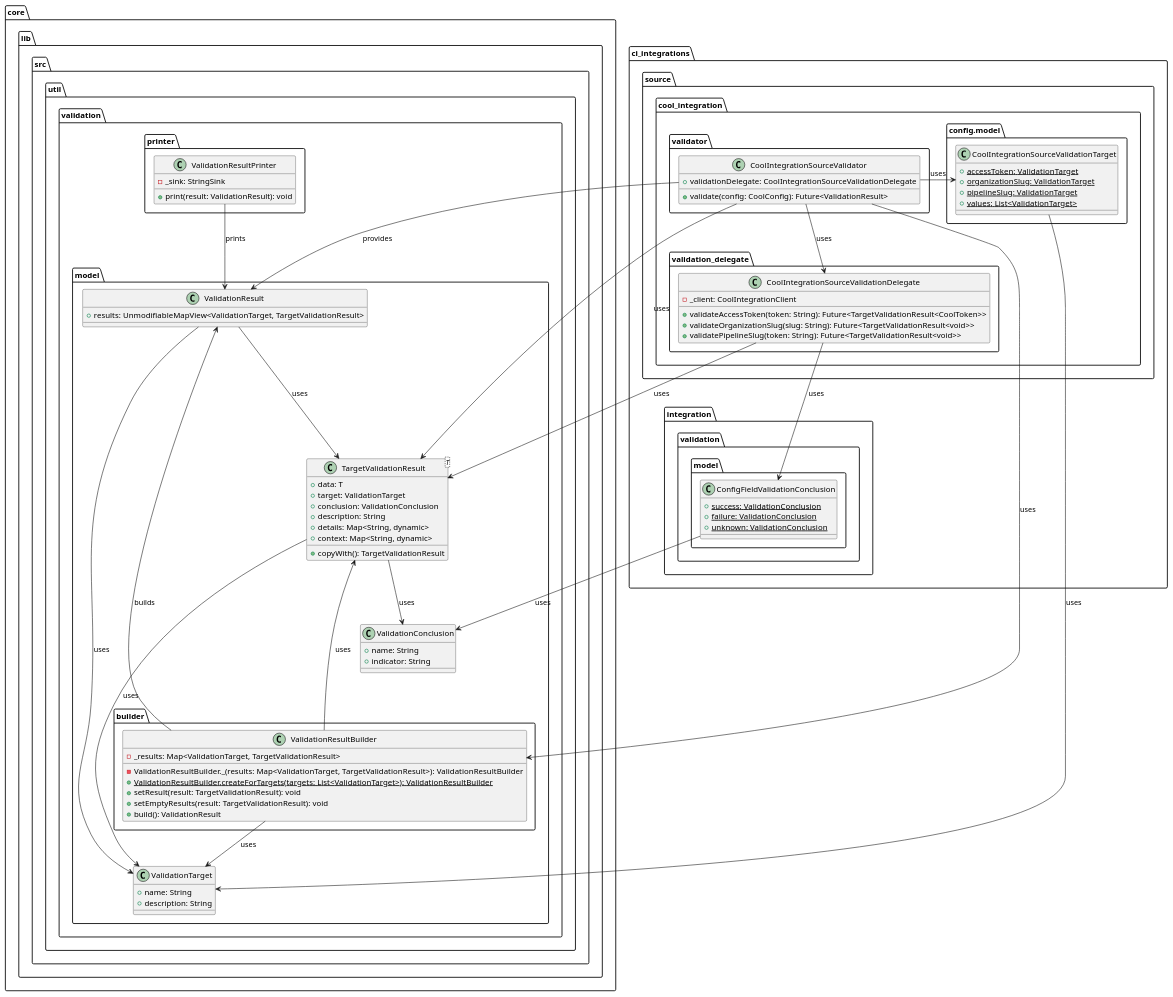
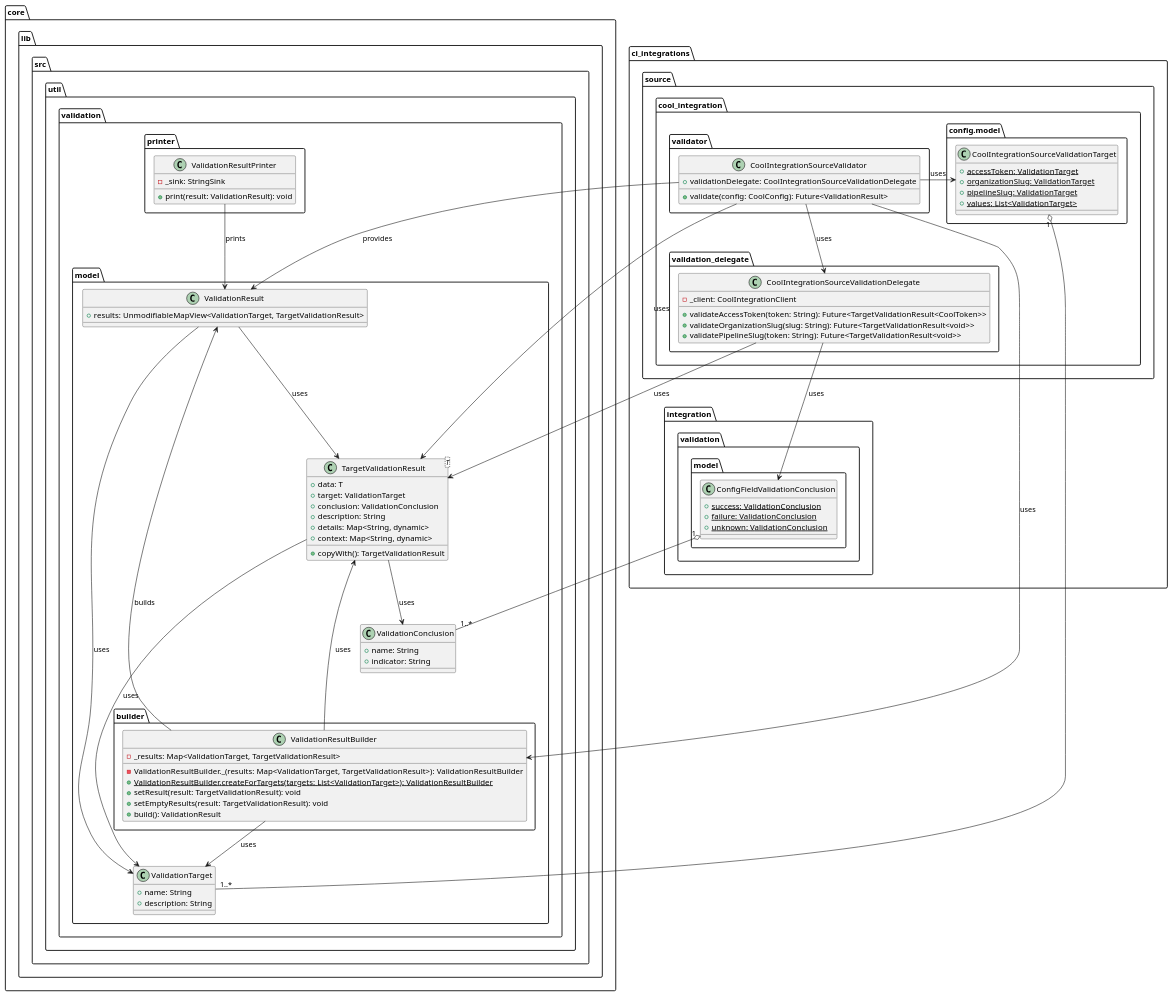
Before and after one commit to Flank/flank-dashboard: the diagram in metrics/cli/docs/features/doctor_output_improvements/diagrams/ci_integrations_validator_class_diagram.puml, drawn with PlantUML.

Commit message:
Update diagram

```diff
--- a/metrics/cli/docs/features/doctor_output_improvements/diagrams/ci_integrations_validator_class_diagram.puml
+++ b/metrics/cli/docs/features/doctor_output_improvements/diagrams/ci_integrations_validator_class_diagram.puml
@@ -1,119 +1,119 @@
 @startuml ci_integrations_validator_class_diagram
 
 package core.lib.src.util.validation {
     package model {
         package builder {
             class ValidationResultBuilder {
                 - _results: Map<ValidationTarget, TargetValidationResult>
 
                 - ValidationResultBuilder._(results: Map<ValidationTarget, TargetValidationResult>): ValidationResultBuilder
                 + {static} ValidationResultBuilder.createForTargets(targets: List<ValidationTarget>): ValidationResultBuilder
                 + setResult(result: TargetValidationResult): void
                 + setEmptyResults(result: TargetValidationResult): void
                 + build(): ValidationResult
             }
         }
 
         class ValidationTarget {
             + name: String
             + description: String
         }
 
         class ValidationConclusion {
             + name: String
             + indicator: String
         }
 
         class TargetValidationResult<T> {
             + data: T
             + target: ValidationTarget
             + conclusion: ValidationConclusion
             + description: String
             + details: Map<String, dynamic>
             + context: Map<String, dynamic>
 
             + copyWith(): TargetValidationResult
         }
 
         class ValidationResult{
             + results: UnmodifiableMapView<ValidationTarget, TargetValidationResult>
         }
     }
 
     package printer {
         class ValidationResultPrinter{
             - _sink: StringSink
 
             + print(result: ValidationResult): void
         }
     }
 }
 
 package ci_integrations {
     package integration.validation.model {
         class ConfigFieldValidationConclusion {
             + {static} success: ValidationConclusion
             + {static} failure: ValidationConclusion
             + {static} unknown: ValidationConclusion
         }
     }
 
     package source.cool_integration {
         package config.model as cool_integration_config_model {
             class CoolIntegrationSourceValidationTarget {
                 + {static} accessToken: ValidationTarget
                 + {static} organizationSlug: ValidationTarget
                 + {static} pipelineSlug: ValidationTarget
                 + {static} values: List<ValidationTarget>
             }
         }
 
         package validation_delegate {
             class CoolIntegrationSourceValidationDelegate {
                 - _client: CoolIntegrationClient
 
                 + validateAccessToken(token: String): Future<TargetValidationResult<CoolToken>>
                 + validateOrganizationSlug(slug: String): Future<TargetValidationResult<void>>
                 + validatePipelineSlug(token: String): Future<TargetValidationResult<void>>
             }
         }
 
         package validator {
             class CoolIntegrationSourceValidator {
                 + validationDelegate: CoolIntegrationSourceValidationDelegate
 
                 + validate(config: CoolConfig): Future<ValidationResult>
             }
         }
     }
 }
 
 TargetValidationResult --> ValidationTarget : uses
 TargetValidationResult --> ValidationConclusion : uses
 
 ValidationResult --> TargetValidationResult : uses
 ValidationResult --> ValidationTarget : uses
 
 ValidationResultBuilder -up-> ValidationResult : builds
 ValidationResultBuilder --> ValidationTarget : uses
 ValidationResultBuilder -up-> TargetValidationResult : uses
 
 ValidationResultPrinter --> ValidationResult : prints
 
 CoolIntegrationSourceValidator --> CoolIntegrationSourceValidationDelegate : uses
 CoolIntegrationSourceValidator --> ValidationResult : provides
 CoolIntegrationSourceValidator -left-> CoolIntegrationSourceValidationTarget : uses
 CoolIntegrationSourceValidator --> TargetValidationResult : uses
 CoolIntegrationSourceValidator  --> ValidationResultBuilder : uses
 
 CoolIntegrationSourceValidationDelegate --> TargetValidationResult : uses
 
-CoolIntegrationSourceValidationTarget --> ValidationTarget : uses
+ValidationTarget "1..*" -left-o "1" CoolIntegrationSourceValidationTarget
 
-ConfigFieldValidationConclusion --> ValidationConclusion : uses
+ValidationConclusion "1..*" -left-o "1" ConfigFieldValidationConclusion
 
 CoolIntegrationSourceValidationDelegate -down-> ConfigFieldValidationConclusion : uses
 
 ValidationConclusion -[hidden]down-> ValidationResultBuilder
 
 @enduml
```
